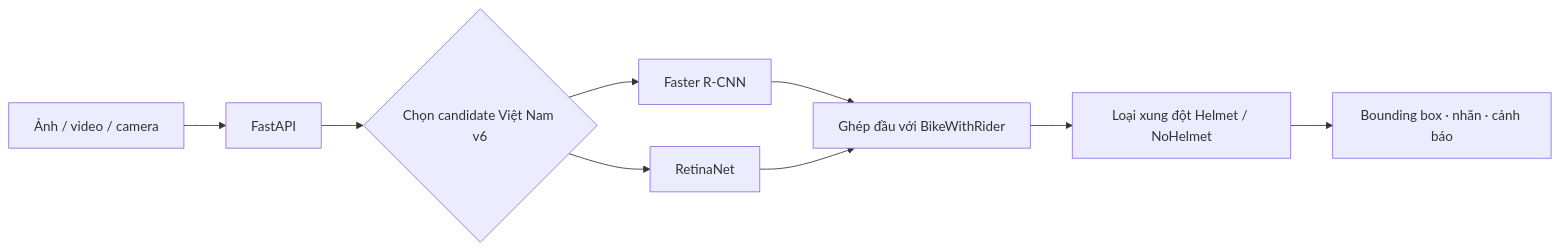
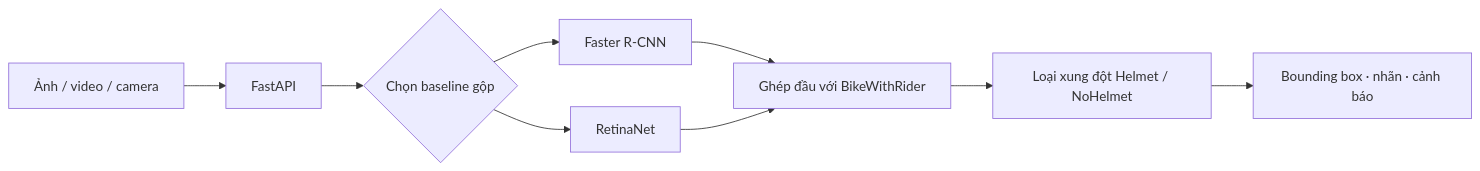
Before and after one commit to tlong15306/helmet-detection-comparison: the diagram in README.md, drawn with Mermaid. The commit also changed other lines of this file and 14 other files, not shown here.

````diff
--- a/README.md
+++ b/README.md
@@ -38,11 +31,11 @@
 ```mermaid
 flowchart LR
     A[Ảnh / video / camera] --> B[FastAPI]
-    B --> C{Chọn candidate Việt Nam v6}
+    B --> C{Chọn baseline gộp}
     C --> D[Faster R-CNN]
     C --> E[RetinaNet]
     D --> F[Ghép đầu với BikeWithRider]
     E --> F
     F --> G[Loại xung đột Helmet / NoHelmet]
     G --> H[Bounding box · nhãn · cảnh báo]
 ```
````
